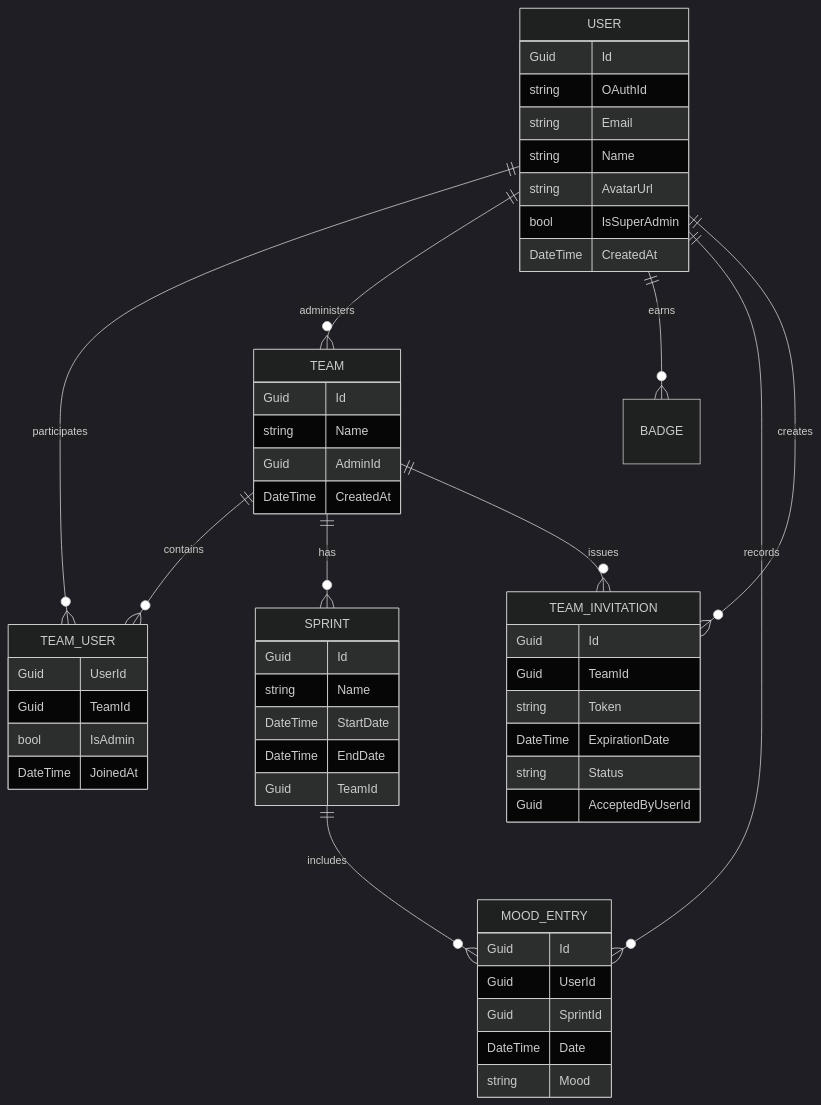
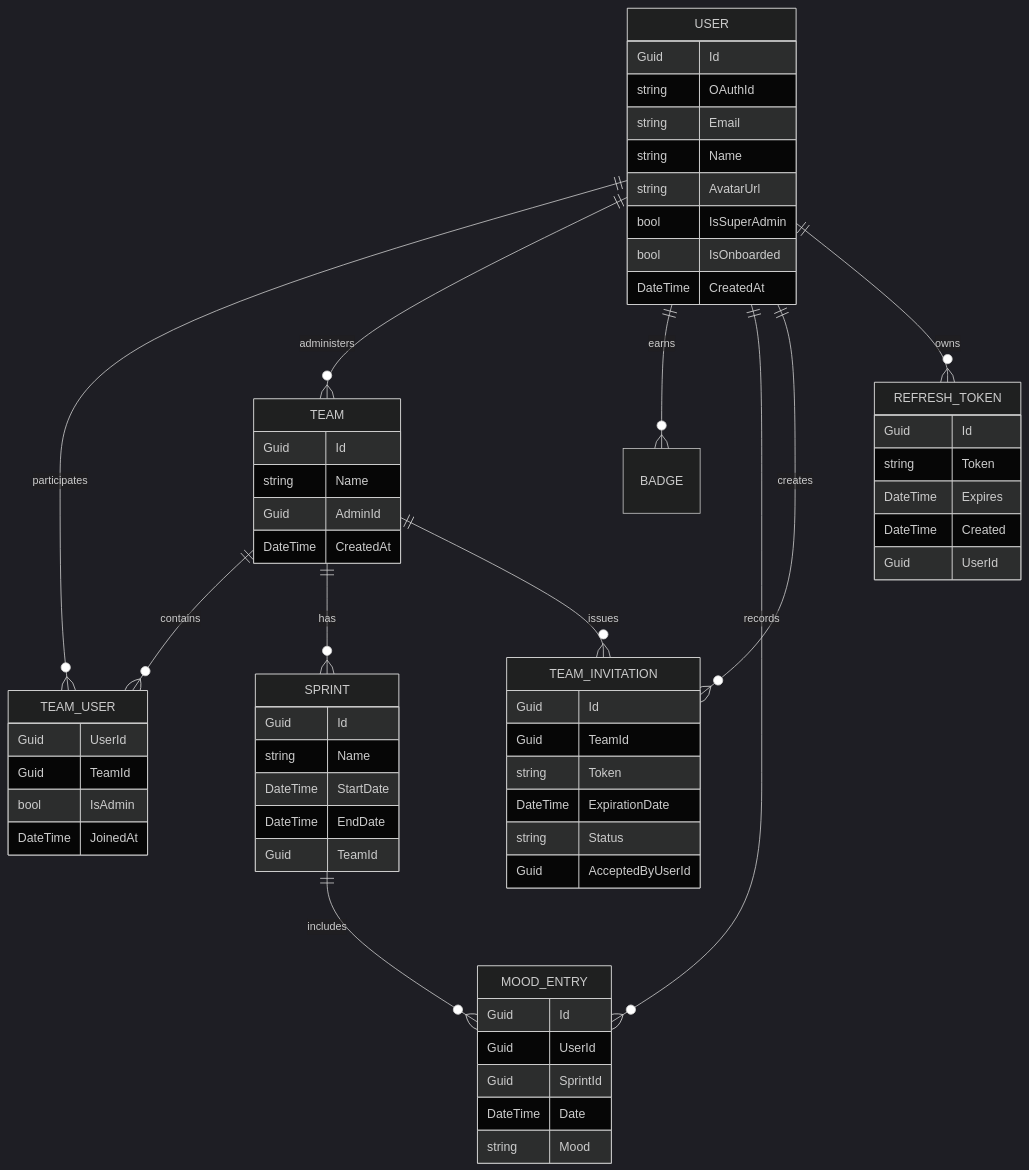
The second of 3 diagrams in Architecture.md (dpitois/niko-niko), drawn with Mermaid (dark theme) before and after one commit. The commit also changed other lines of this file and 56 other files, not shown here.

First line of the commit message:
docs: cleanup project root and update architecture documentation

````diff
--- a/Architecture.md
+++ b/Architecture.md
@@ -57,63 +70,73 @@
 ```mermaid
 erDiagram
     USER ||--o{ TEAM_USER : participates
     USER ||--o{ TEAM : administers
     USER ||--o{ BADGE : earns
     USER ||--o{ MOOD_ENTRY : records
     USER ||--o{ TEAM_INVITATION : creates
+    USER ||--o{ REFRESH_TOKEN : owns
 
     TEAM ||--o{ TEAM_USER : contains
     TEAM ||--o{ SPRINT : has
     TEAM ||--o{ TEAM_INVITATION : issues
 
     SPRINT ||--o{ MOOD_ENTRY : includes
 
     USER {
         Guid Id
         string OAuthId
         string Email
         string Name
         string AvatarUrl
         bool IsSuperAdmin
+        bool IsOnboarded
         DateTime CreatedAt
     }
 
     TEAM {
         Guid Id
         string Name
         Guid AdminId
         DateTime CreatedAt
     }
 
     TEAM_USER {
         Guid UserId
         Guid TeamId
         bool IsAdmin
         DateTime JoinedAt
     }
 
     SPRINT {
         Guid Id
         string Name
         DateTime StartDate
         DateTime EndDate
         Guid TeamId
     }
 
     MOOD_ENTRY {
         Guid Id
         Guid UserId
         Guid SprintId
         DateTime Date
         string Mood
     }
 
     TEAM_INVITATION {
         Guid Id
         Guid TeamId
         string Token
         DateTime ExpirationDate
         string Status
         Guid AcceptedByUserId
     }
+
+    REFRESH_TOKEN {
+        Guid Id
+        string Token
+        DateTime Expires
+        DateTime Created
+        Guid UserId
+    }
 ```
````
